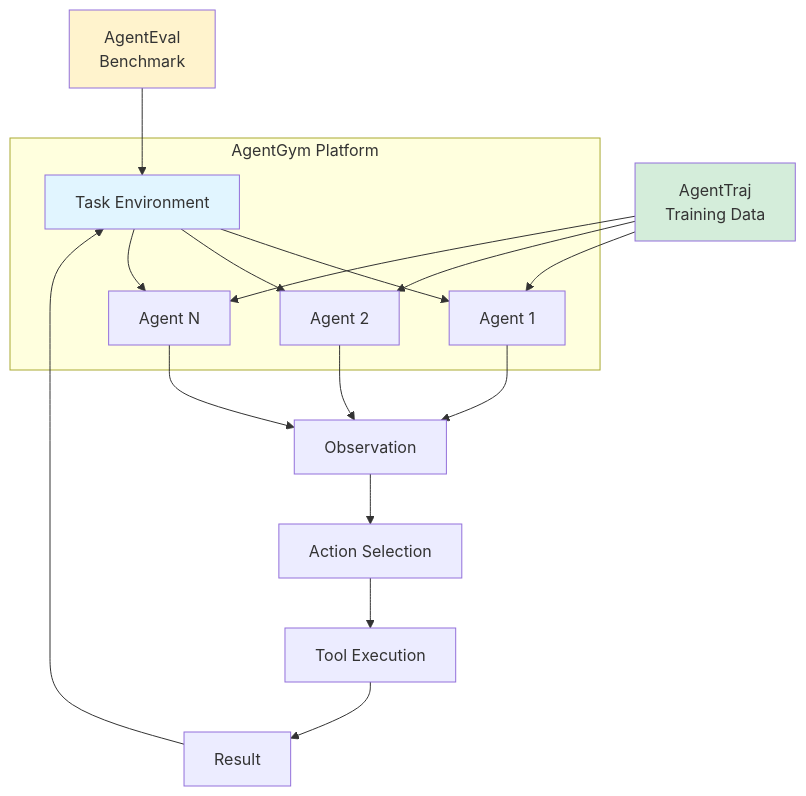
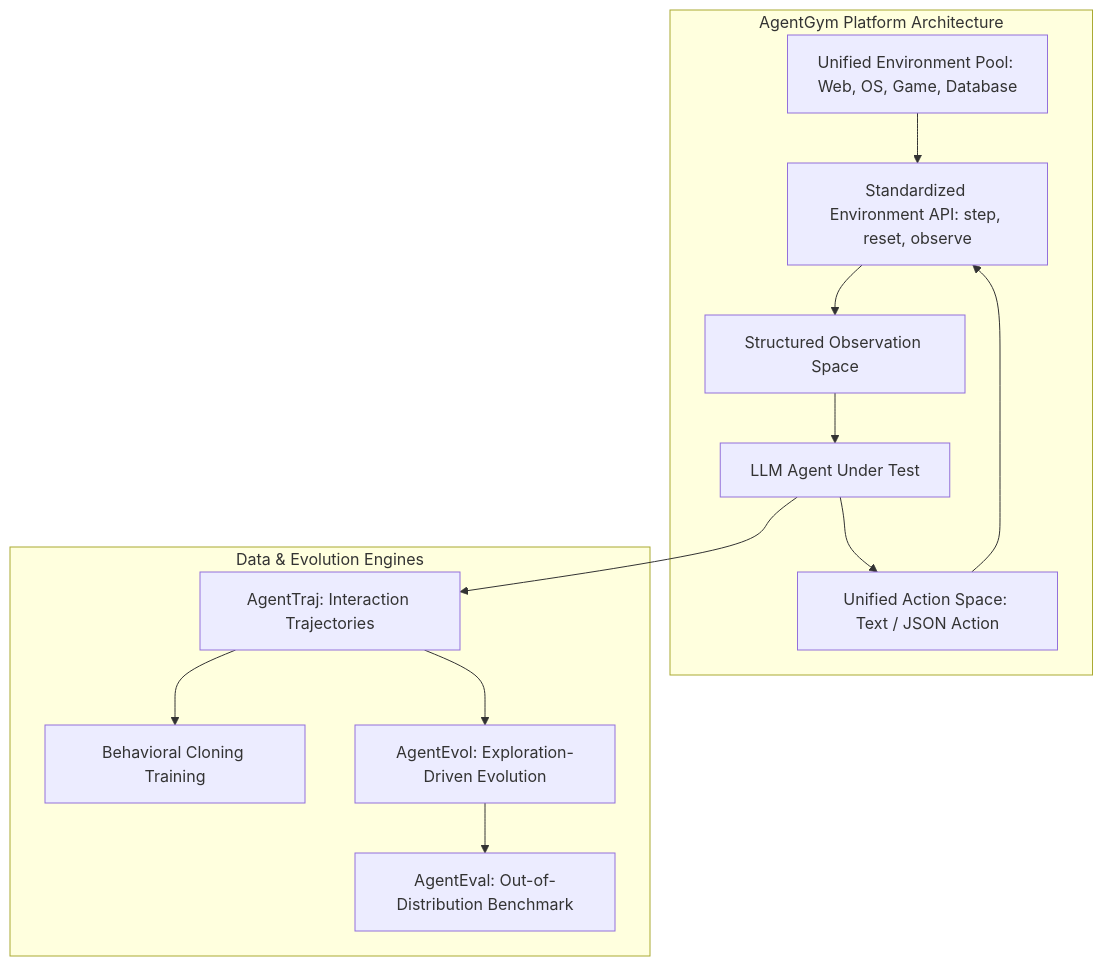
Before and after one commit to akillness/akillness.github.io: the second of 2 diagrams in _posts/2024/05/2024-05-25-llm-build-multi-agent.md, drawn with Mermaid. The commit also changed other lines of this file and 1 other file, not shown here.

Commit message:
archive(dev): rebuild llm-build-multi-agent from 2024-05 note

````diff
--- a/_posts/2024/05/2024-05-25-llm-build-multi-agent.md
+++ b/_posts/2024/05/2024-05-25-llm-build-multi-agent.md
@@ -32,26 +139,17 @@
 ```mermaid
-graph TB
-    subgraph "AgentGym Platform"
-        A[Task Environment] --> B[Agent 1]
-        A --> C[Agent 2]
-        A --> D[Agent N]
+graph TD
+    subgraph AgentGym Platform Architecture
+        EnvPool[Unified Environment Pool: Web, OS, Game, Database] --> API[Standardized Environment API: step, reset, observe]
+        API --> Obs[Structured Observation Space]
+        Agent[LLM Agent Under Test] --> Action[Unified Action Space: Text / JSON Action]
+        Action --> API
+        Obs --> Agent
     end
-    
-    B --> E[Observation]
-    C --> E
-    D --> E
-    
-    E --> F[Action Selection]
-    F --> G[Tool Execution]
-    G --> H[Result]
-    H --> A
-    
-    I[AgentEval<br/>Benchmark] --> A
-    J[AgentTraj<br/>Training Data] --> B
-    J --> C
-    J --> D
-    
-    style A fill:#e1f5ff
-    style I fill:#fff3cd
-    style J fill:#d4edda
+
+    subgraph Data & Evolution Engines
+        Agent --> Log[AgentTraj: Interaction Trajectories]
+        Log --> BC[Behavioral Cloning Training]
+        Log --> Evol[AgentEvol: Exploration-Driven Evolution]
+        Evol --> Eval[AgentEval: Out-of-Distribution Benchmark]
+    end
 ```
````
